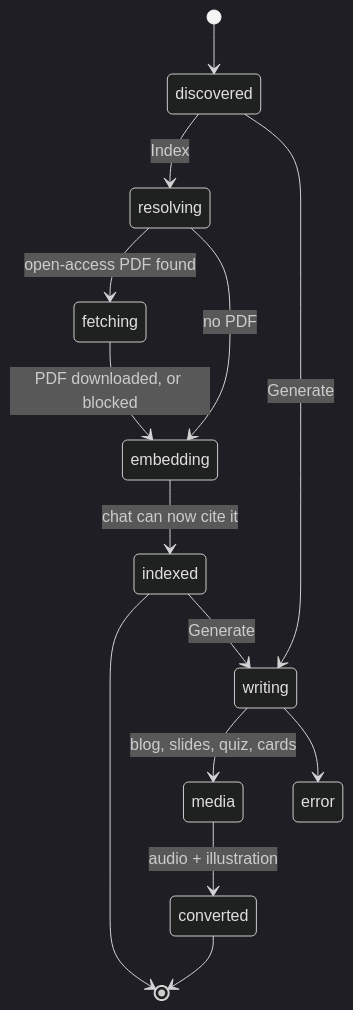
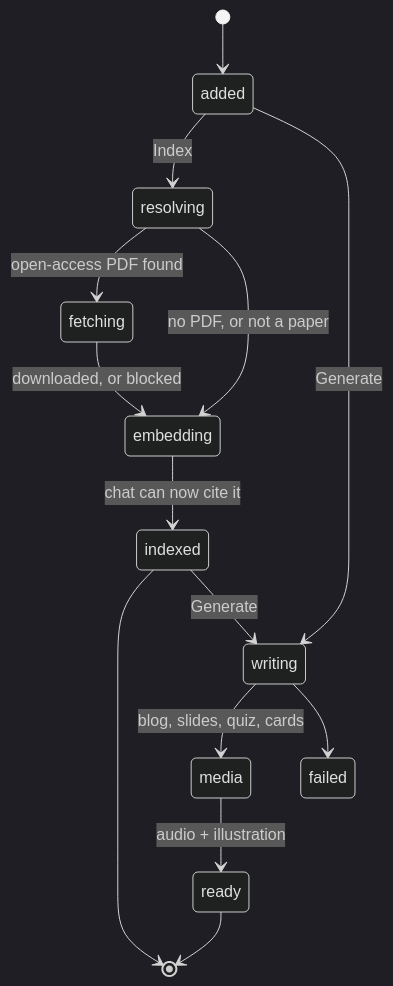
One commit to BuildGeekAI/scholar-mind changed the second of 5 diagrams in README.md. Above: the diagram before and after it, drawn with Mermaid (dark theme). The commit also changed other lines of this file and 6 other files, not shown here.

````diff
--- a/README.md
+++ b/README.md
@@ -35,18 +47,18 @@
 ```mermaid
 stateDiagram-v2
-    [*] --> discovered
+    [*] --> added
 
-    discovered --> resolving: Index
+    added --> resolving: Index
     resolving --> fetching: open-access PDF found
-    resolving --> embedding: no PDF
-    fetching --> embedding: PDF downloaded, or blocked
+    resolving --> embedding: no PDF, or not a paper
+    fetching --> embedding: downloaded, or blocked
     embedding --> indexed: chat can now cite it
     indexed --> [*]
 
-    discovered --> writing: Generate
+    added --> writing: Generate
     indexed --> writing: Generate
     writing --> media: blog, slides, quiz, cards
-    media --> converted: audio + illustration
-    writing --> error
-    converted --> [*]
+    media --> ready: audio + illustration
+    writing --> failed
+    ready --> [*]
 ```
````
